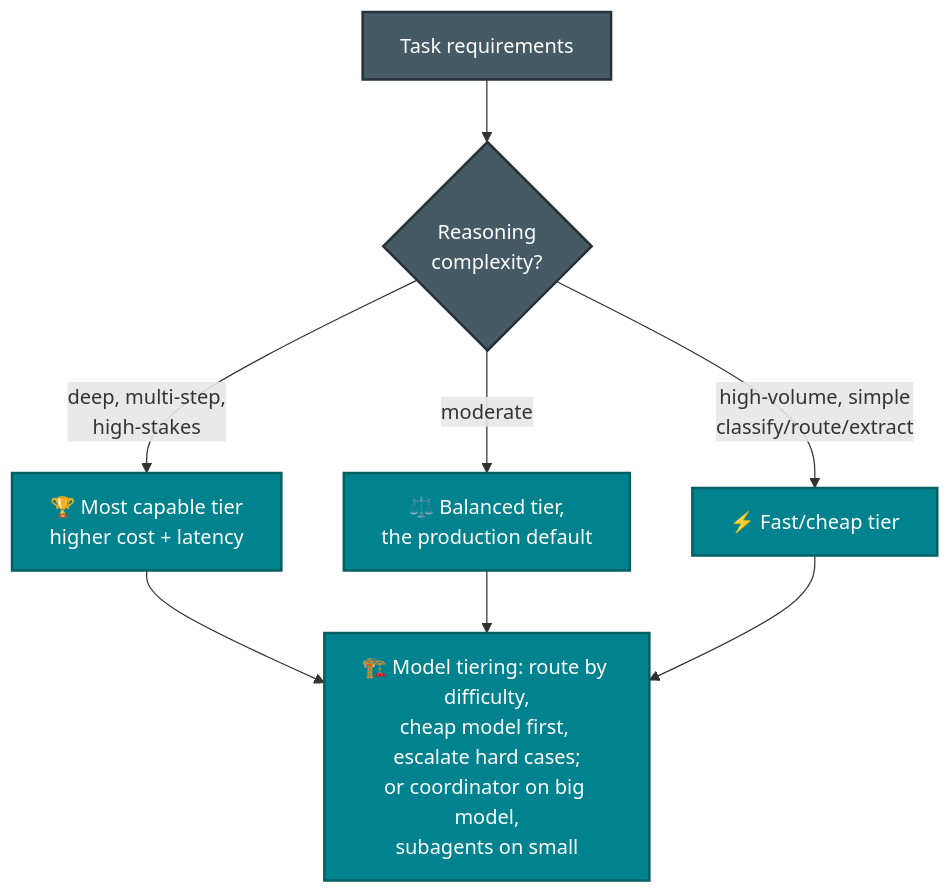
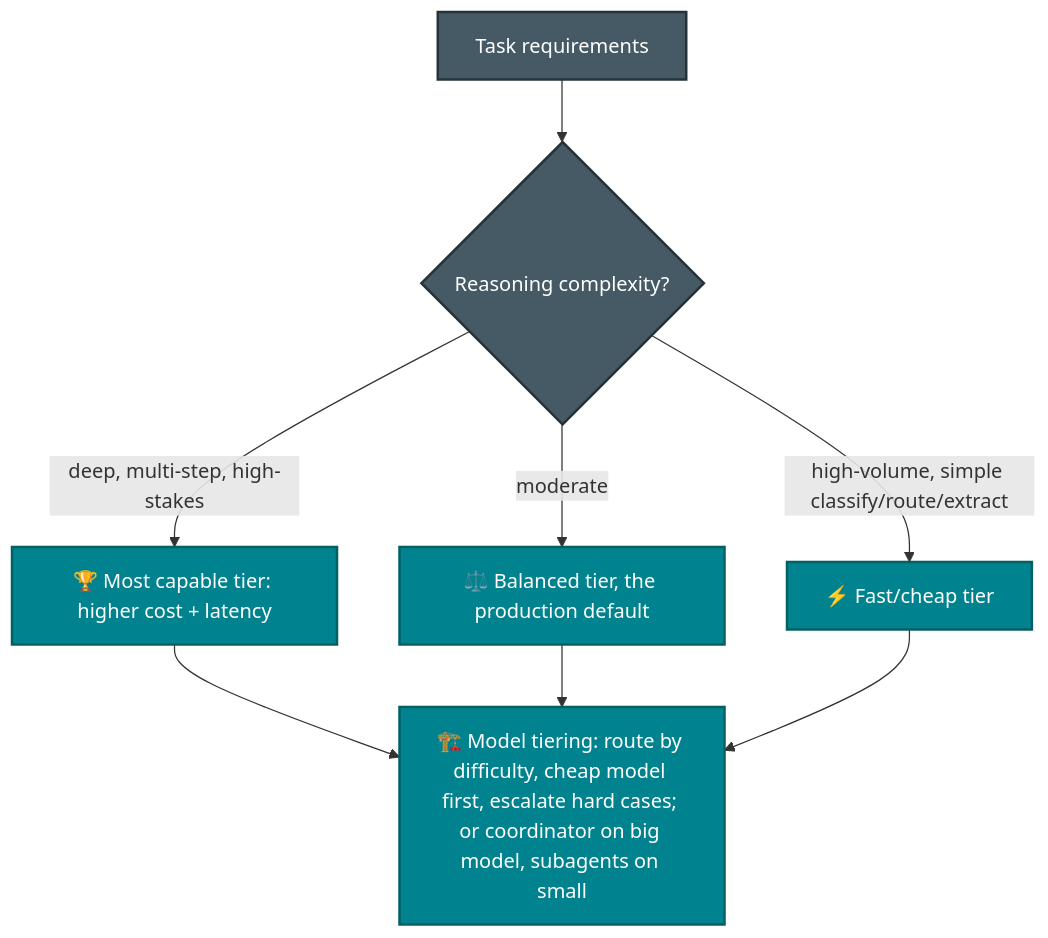
Before and after one commit to parmar-m/claude-architect-certification-prep: the first of 3 diagrams in CCA-P/domains/d2-models-prompting-context.md, drawn with Mermaid. The commit also changed other lines of this file and 24 other files, not shown here.

Commit message:
fix html tags in mmd diagrams

````diff
--- a/CCA-P/domains/d2-models-prompting-context.md
+++ b/CCA-P/domains/d2-models-prompting-context.md
@@ -12,12 +12,12 @@
 ```mermaid
 flowchart TD
-    REQ["Task requirements"] --> C{Reasoning<br/>complexity?}
-    C -- "deep, multi-step,<br/>high-stakes" --> BIG["🏆 Most capable tier<br/>higher cost + latency"]
-    C -- "moderate" --> MID["⚖️ Balanced tier,<br/>the production default"]
-    C -- "high-volume, simple<br/>classify/route/extract" --> SMALL["⚡ Fast/cheap tier"]
-    BIG & MID & SMALL --> TIERING["🏗️ Model tiering: route by difficulty,<br/>cheap model first, escalate hard cases;<br/>or coordinator on big model,<br/>subagents on small"]
+    REQ["Task requirements"] --> C{"Reasoning complexity?"}
+    C -- "deep, multi-step, high-stakes" --> BIG["🏆 Most capable tier: higher cost + latency"]
+    C -- "moderate" --> MID["⚖️ Balanced tier, the production default"]
+    C -- "high-volume, simple classify/route/extract" --> SMALL["⚡ Fast/cheap tier"]
+    BIG & MID & SMALL --> TIERING["🏗️ Model tiering: route by difficulty, cheap model first, escalate hard cases; or coordinator on big model, subagents on small"]
     classDef big fill:#00838F,color:#fff,stroke:#006064,stroke-width:2px
     classDef n fill:#455A64,color:#fff,stroke:#263238,stroke-width:2px
     class BIG,MID,SMALL,TIERING big
     class REQ,C n
 ```
````
